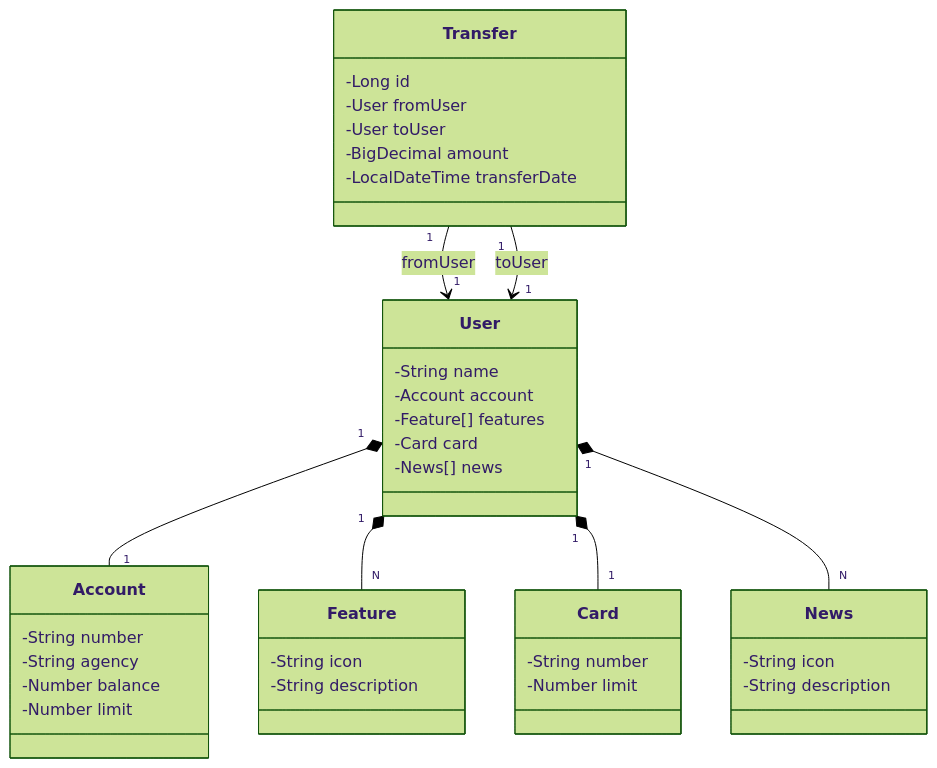
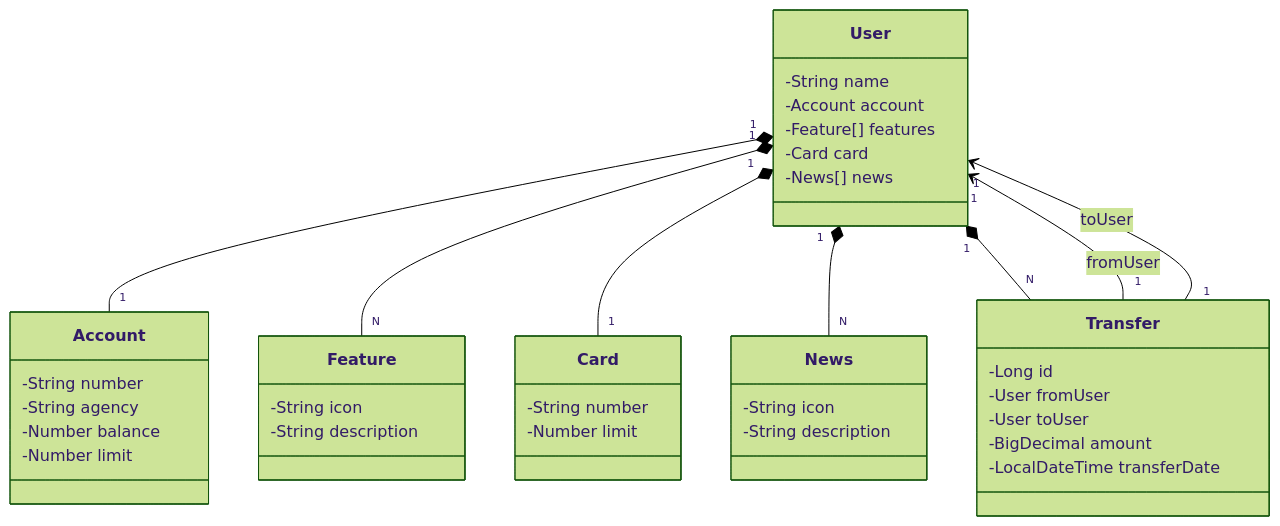
One commit to dev-gabrieljs/banking-management-system changed the diagram in README.md. Above: the diagram before and after it, drawn with Mermaid (forest theme).

````diff
--- a/README.md
+++ b/README.md
@@ -18,47 +18,49 @@
 ```mermaid
 classDiagram
   class User {
     -String name
     -Account account
     -Feature[] features
     -Card card
     -News[] news
   }
 
   class Account {
     -String number
     -String agency
     -Number balance
     -Number limit
   }
 
   class Feature {
     -String icon
     -String description
   }
 
   class Card {
     -String number
     -Number limit
   }
 
   class News {
     -String icon
     -String description
   }
 
- class Transfer {
+  class Transfer {
     -Long id
     -User fromUser
     -User toUser
     -BigDecimal amount
     -LocalDateTime transferDate
   }
 
   User "1" *-- "1" Account
   User "1" *-- "N" Feature
   User "1" *-- "1" Card
   User "1" *-- "N" News
+  User "1" *-- "N" Transfer
   Transfer "1" --> "1" User : fromUser
   Transfer "1" --> "1" User : toUser
+
 ```
````
